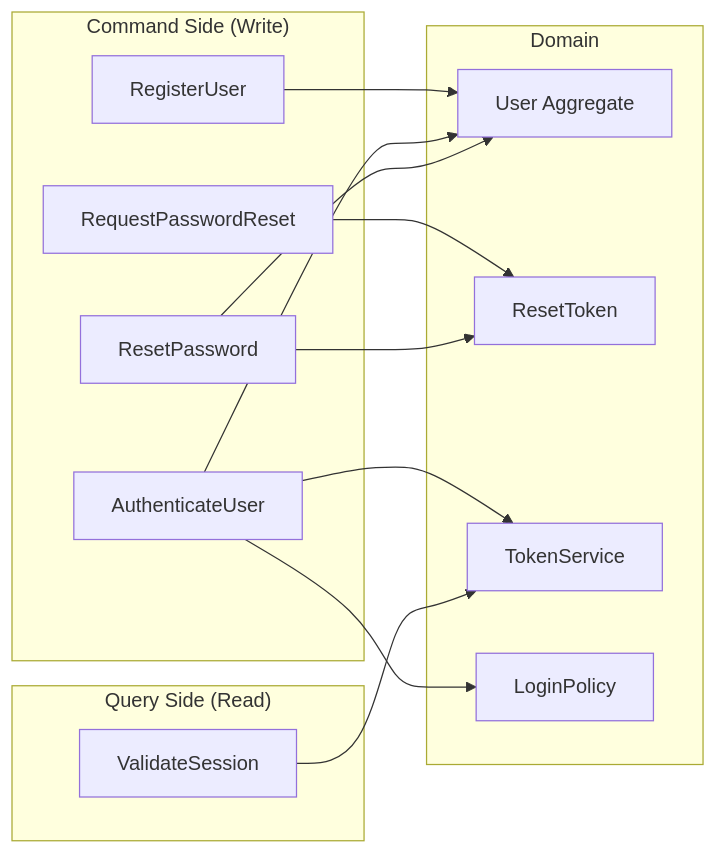
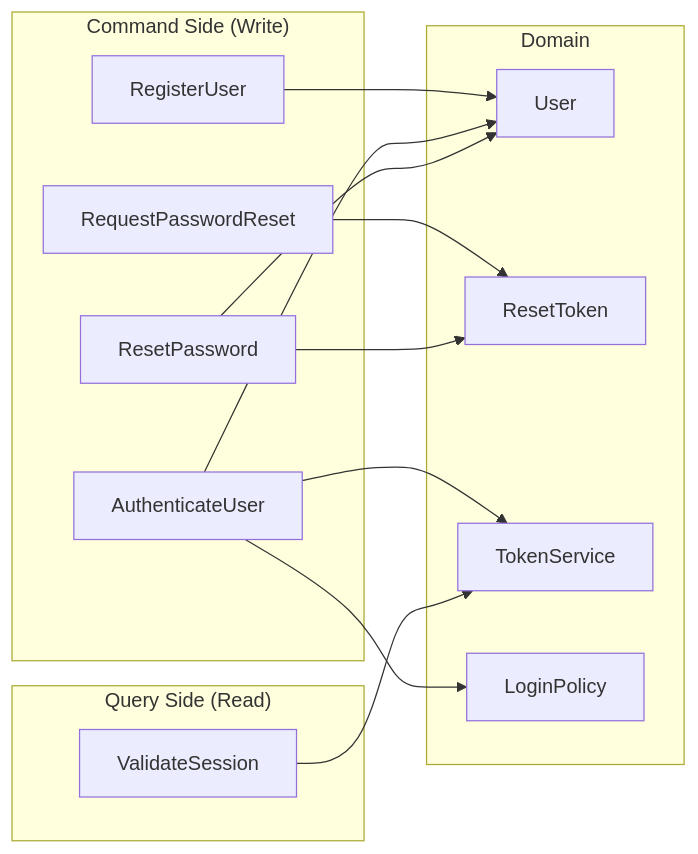
One commit to blackyblack/engineer-challenge changed the second of 2 diagrams in README.md. Above: the diagram before and after it, drawn with Mermaid. The commit also changed other lines of this file and 2 other files, not shown here.

````diff
--- a/README.md
+++ b/README.md
@@ -89,29 +89,29 @@
 ```mermaid
 graph LR
     subgraph "Command Side (Write)"
         RC[RegisterUser]
         AC[AuthenticateUser]
         RPC[RequestPasswordReset]
         RSC[ResetPassword]
     end
 
     subgraph "Query Side (Read)"
         VS[ValidateSession]
     end
 
     subgraph "Domain"
-        U[User Aggregate]
+        U[User]
         RT[ResetToken]
         TS[TokenService]
         LP[LoginPolicy]
     end
 
     RC --> U
     AC --> U
     AC --> TS
     AC --> LP
     RPC --> RT
     RSC --> U
     RSC --> RT
     VS --> TS
 ```
````
